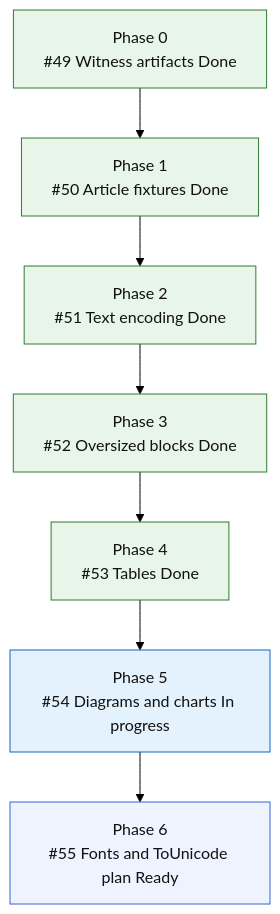
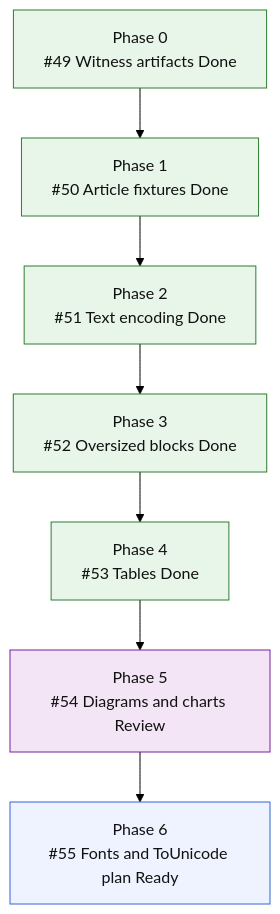
Before and after one commit to mihaelamj/MarkdownPDF: the second of 2 diagrams in README.md, drawn with Mermaid (forest theme).

Commit message:
docs(roadmap): move diagram issue to review

````diff
--- a/README.md
+++ b/README.md
@@ -212,23 +212,23 @@
 ```mermaid
 flowchart TD
     F0["Phase 0<br/>#49 Witness artifacts Done"]
     F1["Phase 1<br/>#50 Article fixtures Done"]
     F2["Phase 2<br/>#51 Text encoding Done"]
     F3["Phase 3<br/>#52 Oversized blocks Done"]
     F4["Phase 4<br/>#53 Tables Done"]
-    F5["Phase 5<br/>#54 Diagrams and charts In progress"]
+    F5["Phase 5<br/>#54 Diagrams and charts Review"]
     F6["Phase 6<br/>#55 Fonts and ToUnicode plan Ready"]
 
     F0 --> F1 --> F2 --> F3 --> F4 --> F5 --> F6
 
     classDef done fill:#e8f5e9,stroke:#2e7d32,color:#111;
     classDef active fill:#e3f2fd,stroke:#1565c0,color:#111;
     classDef review fill:#f3e5f5,stroke:#7b1fa2,color:#111;
     classDef next fill:#fff8e1,stroke:#f9a825,color:#111;
     classDef todo fill:#eef3ff,stroke:#3367d6,color:#111;
     class F0,F1 done;
     class F2 done;
     class F3,F4 done;
-    class F5 active;
+    class F5 review;
     class F6 todo;
 ```
````
